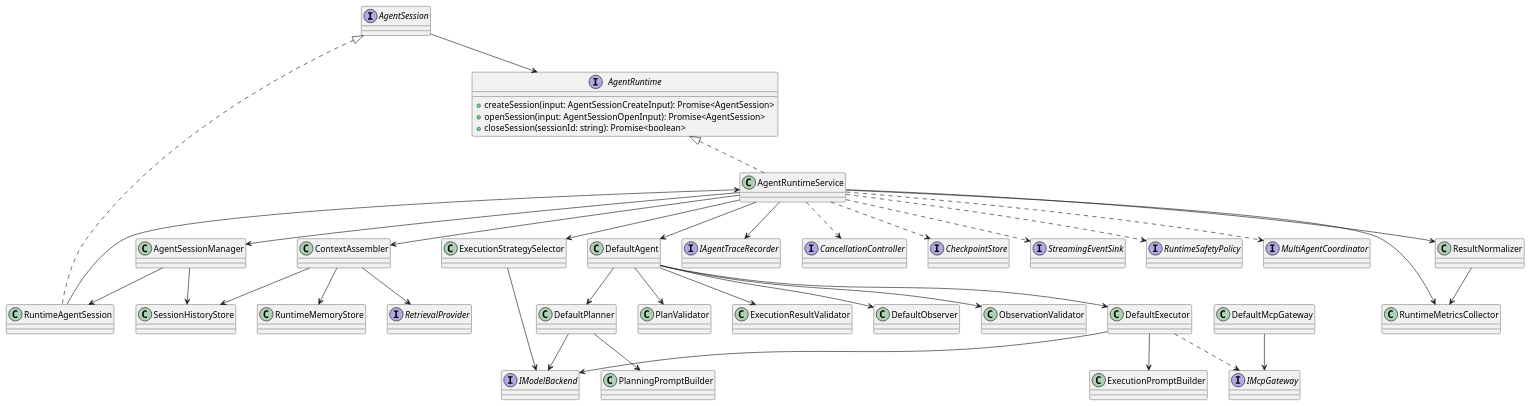
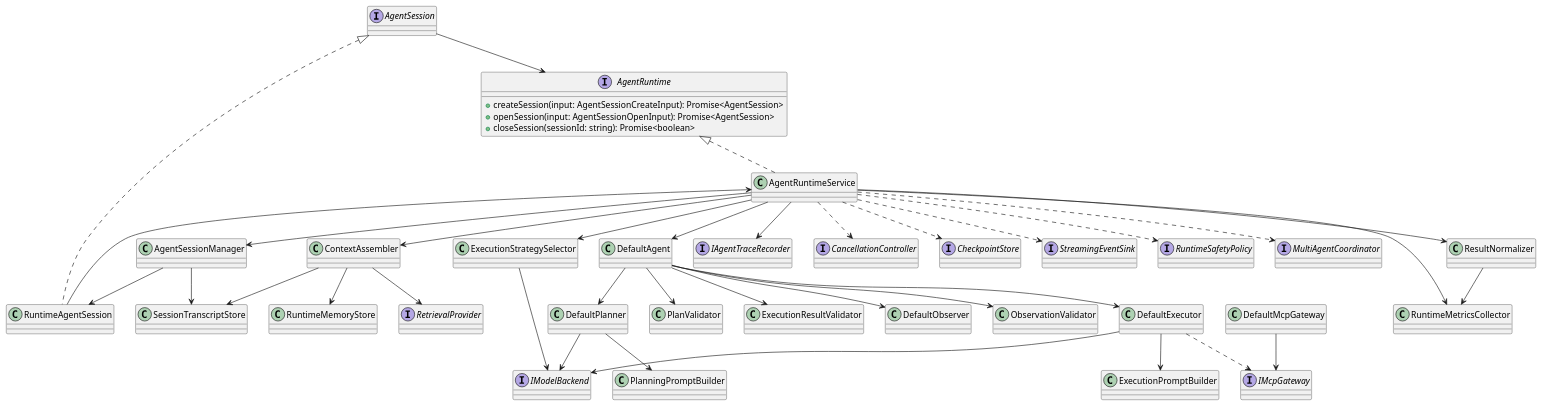
Before and after one commit to lucky-chen/ai_workflow_travel: the first of 4 diagrams in infra_projects/docs/breakdown_docs/agent_runtime_design.md, drawn with PlantUML. The commit also changed other lines of this file and 20 other files, not shown here.

````diff
--- a/infra_projects/docs/breakdown_docs/agent_runtime_design.md
+++ b/infra_projects/docs/breakdown_docs/agent_runtime_design.md
@@ -67,76 +67,76 @@
 ```plantuml
 @startuml
 interface AgentRuntime {
   +createSession(input: AgentSessionCreateInput): Promise<AgentSession>
   +openSession(input: AgentSessionOpenInput): Promise<AgentSession>
   +closeSession(sessionId: string): Promise<boolean>
 }
 
 class AgentRuntimeService
 class AgentSessionManager
 class RuntimeAgentSession
 interface AgentSession
 class ContextAssembler
-class SessionHistoryStore
+class SessionTranscriptStore
 class RuntimeMemoryStore
 interface RetrievalProvider
 class DefaultAgent
 class DefaultPlanner
 class PlanningPromptBuilder
 class PlanValidator
 class DefaultExecutor
 class ExecutionPromptBuilder
 class ExecutionResultValidator
 class DefaultObserver
 class ObservationValidator
 class ExecutionStrategySelector
 class ResultNormalizer
 class RuntimeMetricsCollector
 class DefaultMcpGateway
 interface IModelBackend
 interface IMcpGateway
 interface IAgentTraceRecorder
 interface CancellationController
 interface CheckpointStore
 interface StreamingEventSink
 interface RuntimeSafetyPolicy
 interface MultiAgentCoordinator
 
 AgentRuntime <|.. AgentRuntimeService
 AgentSession <|.. RuntimeAgentSession
 AgentRuntimeService --> AgentSessionManager
 AgentRuntimeService --> ContextAssembler
 AgentRuntimeService --> DefaultAgent
 AgentRuntimeService --> ExecutionStrategySelector
 AgentRuntimeService --> ResultNormalizer
 AgentRuntimeService --> RuntimeMetricsCollector
 AgentRuntimeService --> IAgentTraceRecorder
 AgentRuntimeService ..> CancellationController
 AgentRuntimeService ..> CheckpointStore
 AgentRuntimeService ..> StreamingEventSink
 AgentRuntimeService ..> RuntimeSafetyPolicy
 AgentRuntimeService ..> MultiAgentCoordinator
 
-ContextAssembler --> SessionHistoryStore
+ContextAssembler --> SessionTranscriptStore
 ContextAssembler --> RuntimeMemoryStore
 ContextAssembler --> RetrievalProvider
-AgentSessionManager --> SessionHistoryStore
+AgentSessionManager --> SessionTranscriptStore
 AgentSessionManager --> RuntimeAgentSession
 RuntimeAgentSession --> AgentRuntimeService
 AgentSession --> AgentRuntime
 DefaultAgent --> DefaultPlanner
 DefaultAgent --> PlanValidator
 DefaultAgent --> DefaultExecutor
 DefaultAgent --> ExecutionResultValidator
 DefaultAgent --> DefaultObserver
 DefaultAgent --> ObservationValidator
 DefaultPlanner --> PlanningPromptBuilder
 DefaultExecutor --> IModelBackend
 DefaultPlanner --> IModelBackend
 DefaultExecutor --> ExecutionPromptBuilder
 DefaultExecutor ..> IMcpGateway
 DefaultMcpGateway --> IMcpGateway
 ExecutionStrategySelector --> IModelBackend
 ResultNormalizer --> RuntimeMetricsCollector
 @enduml
 ```
````
